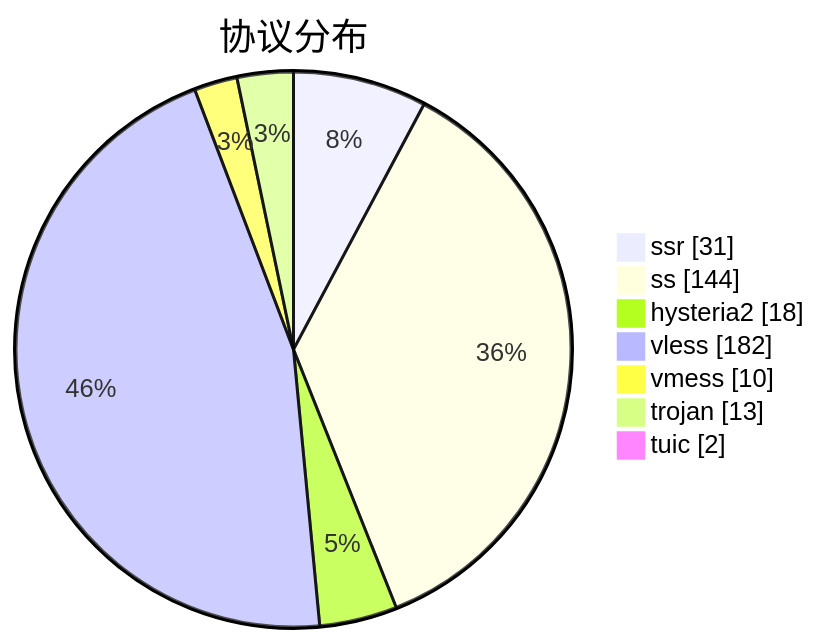
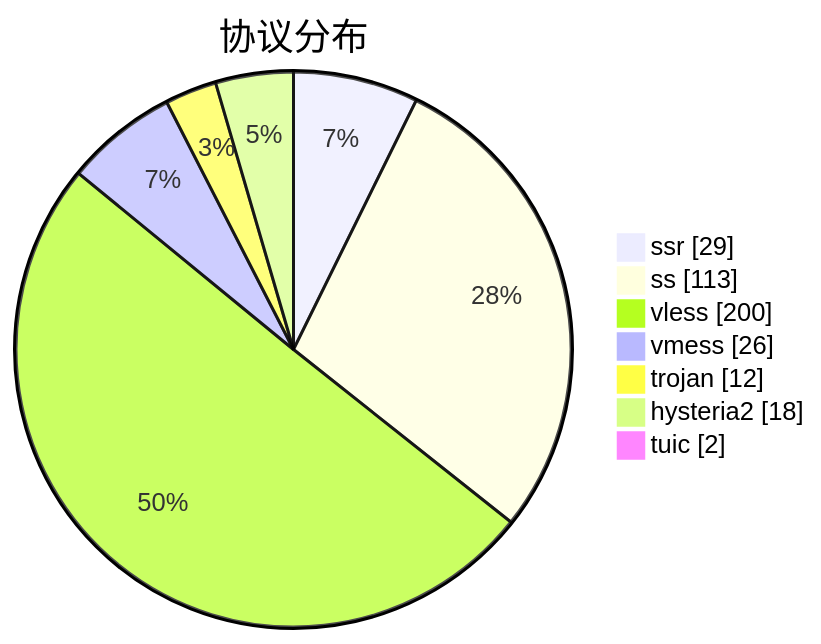
One commit to qjlxg/airport changed the third of 3 diagrams in subs/statistics/tested_within.md. Above: the diagram before and after it, drawn with Mermaid. The commit also changed other lines of this file and 2 other files, not shown here.

````diff
--- a/subs/statistics/tested_within.md
+++ b/subs/statistics/tested_within.md
@@ -33,11 +33,11 @@
 ```mermaid
 pie showData
 title 协议分布
-"ssr" : 31
-"ss" : 144
+"ssr" : 29
+"ss" : 113
+"vless" : 200
+"vmess" : 26
+"trojan" : 12
 "hysteria2" : 18
-"vless" : 182
-"vmess" : 10
-"trojan" : 13
 "tuic" : 2
 ```
````
